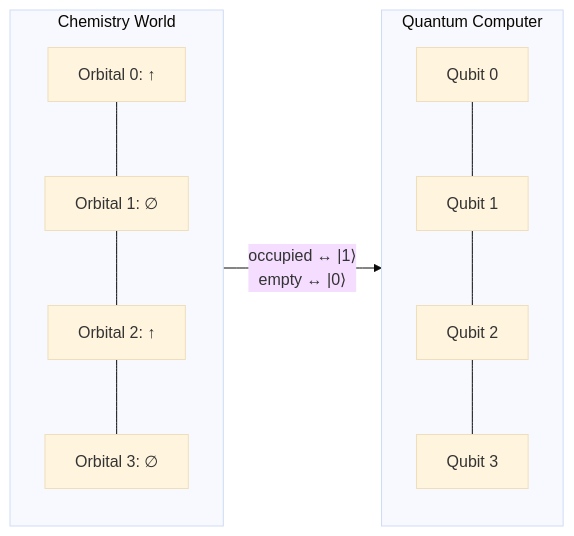
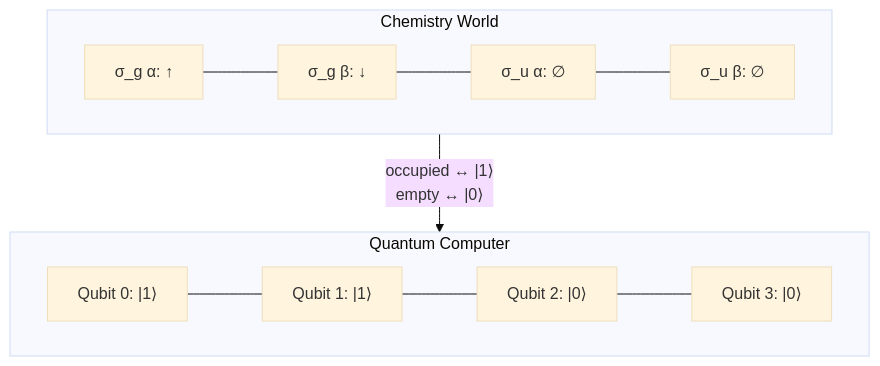
The first of 7 diagrams in manuscript/05-visual-encodings.md (johnazariah/encodings-book), drawn with Mermaid (base theme) before and after one commit. The commit also changed other lines of this file and 44 other files, not shown here.

````diff
--- a/manuscript/05-visual-encodings.md
+++ b/manuscript/05-visual-encodings.md
@@ -67,18 +67,14 @@
 ```mermaid
-flowchart LR
+flowchart TD
     subgraph Orbitals["Chemistry World"]
-        direction TB
-        O0["Orbital 0: ↑"] --- O1["Orbital 1: ∅"]
-        O1 --- O2["Orbital 2: ↑"]
-        O2 --- O3["Orbital 3: ∅"]
-    end
-
-    subgraph Qubits["Quantum Computer"]
-        direction TB
-        Q0["Qubit 0"] --- Q1["Qubit 1"]
-        Q1 --- Q2["Qubit 2"]
-        Q2 --- Q3["Qubit 3"]
+        direction LR
+        O0["σ_g α: ↑"] --- O1["σ_g β: ↓"] --- O2["σ_u α: ∅"] --- O3["σ_u β: ∅"]
     end
 
     Orbitals -- "occupied ↔ |1⟩<br/>empty ↔ |0⟩" --> Qubits
+
+    subgraph Qubits["Quantum Computer"]
+        direction LR
+        Q0["Qubit 0: |1⟩"] --- Q1["Qubit 1: |1⟩"] --- Q2["Qubit 2: |0⟩"] --- Q3["Qubit 3: |0⟩"]
+    end
 ```
````
